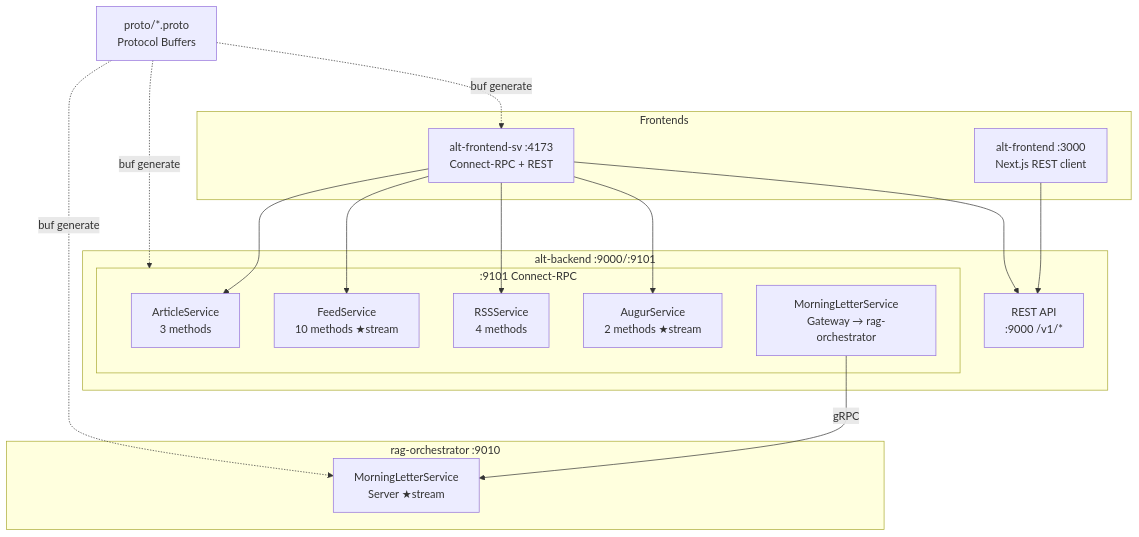
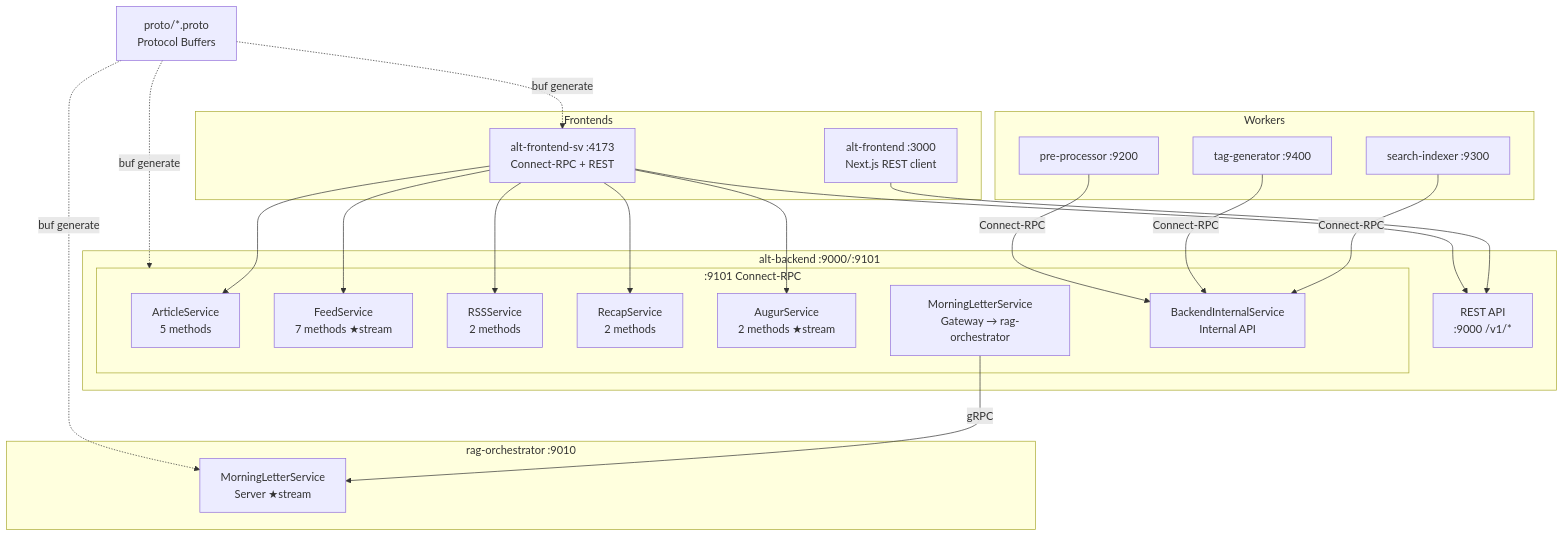
One commit to Kaikei-e/Alt changed the sixth of 12 diagrams in README.md. Above: the diagram before and after it, drawn with Mermaid. The commit also changed other lines of this file, not shown here.

First line of the commit message:
docs(architecture): update README with new service components and flow adjustments

````diff
--- a/README.md
+++ b/README.md
@@ -497,32 +517,43 @@
 ```mermaid
 flowchart TD
     subgraph Frontends
         NextJS[alt-frontend :3000<br/>Next.js REST client]
         SvelteKit[alt-frontend-sv :4173<br/>Connect-RPC + REST]
     end
     subgraph "alt-backend :9000/:9101"
         REST[REST API<br/>:9000 /v1/*]
         subgraph ConnectRPC[:9101 Connect-RPC]
-            ArticleSvc[ArticleService<br/>3 methods]
-            FeedSvc[FeedService<br/>10 methods ★stream]
-            RSSSvc[RSSService<br/>4 methods]
+            ArticleSvc[ArticleService<br/>5 methods]
+            FeedSvc[FeedService<br/>7 methods ★stream]
+            RSSSvc[RSSService<br/>2 methods]
+            RecapSvc[RecapService<br/>2 methods]
             AugurSvc[AugurService<br/>2 methods ★stream]
             MLGateway[MorningLetterService<br/>Gateway → rag-orchestrator]
+            InternalSvc[BackendInternalService<br/>Internal API]
         end
+    end
+    subgraph Workers
+        SearchIdx[search-indexer :9300]
+        TagGen[tag-generator :9400]
+        PreProc[pre-processor :9200]
     end
     subgraph "rag-orchestrator :9010"
         MLSvc[MorningLetterService<br/>Server ★stream]
     end
     Proto[proto/*.proto<br/>Protocol Buffers]
 
     NextJS --> REST
     SvelteKit --> REST
     SvelteKit --> ArticleSvc
     SvelteKit --> FeedSvc
     SvelteKit --> RSSSvc
+    SvelteKit --> RecapSvc
     SvelteKit --> AugurSvc
+    SearchIdx -->|Connect-RPC| InternalSvc
+    TagGen -->|Connect-RPC| InternalSvc
+    PreProc -->|Connect-RPC| InternalSvc
     MLGateway -->|gRPC| MLSvc
     Proto -.->|buf generate| ConnectRPC
     Proto -.->|buf generate| MLSvc
     Proto -.->|buf generate| SvelteKit
 ```
````
